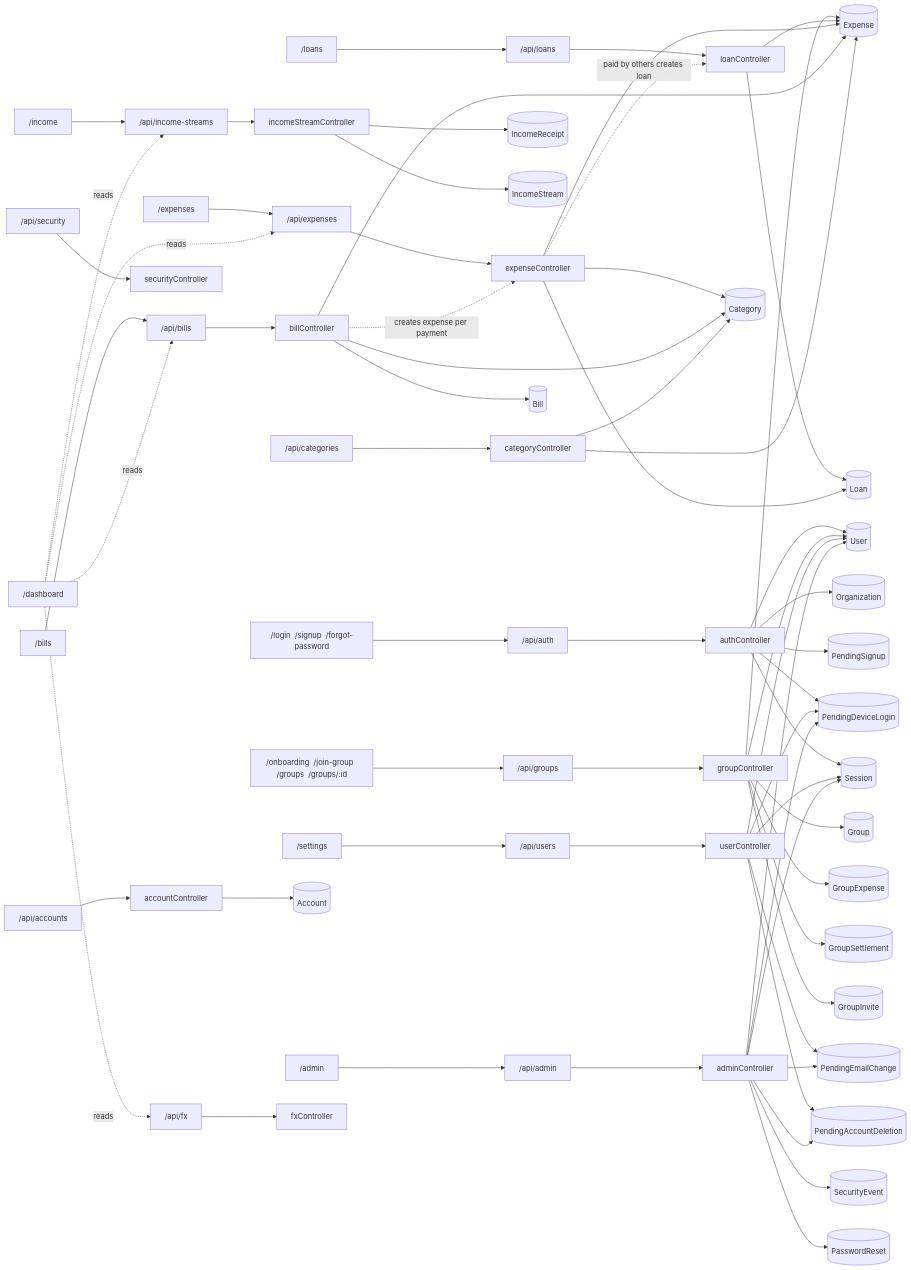
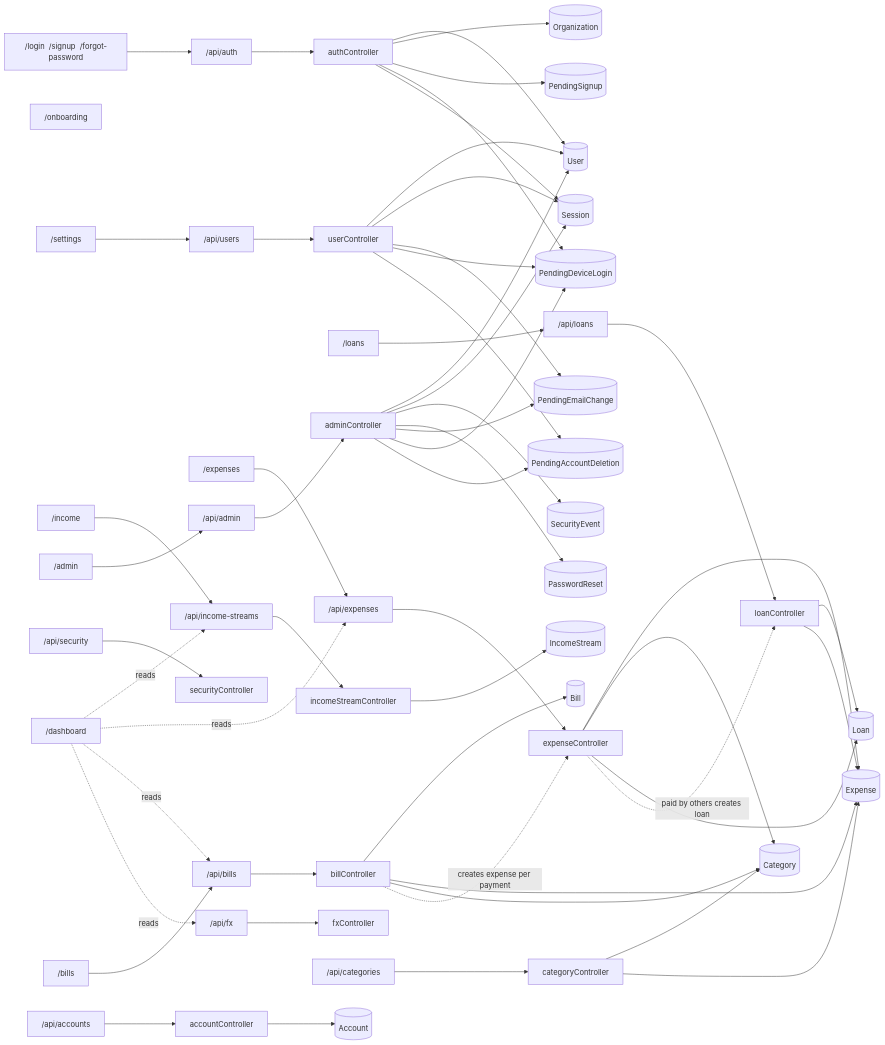
Before and after one commit to MuhammadAliMinhas66X/VaultriX: the second of 2 diagrams in docs/APP-MAP.md, drawn with Mermaid. The commit also changed other lines of this file and 1 other file, not shown here.

````diff
--- a/docs/APP-MAP.md
+++ b/docs/APP-MAP.md
@@ -21,70 +21,62 @@
 ```mermaid
 flowchart LR
   P_auth["/login  /signup  /forgot-password"] --> A_auth["/api/auth"]
   A_auth --> K_auth["authController"]
   K_auth --> M_User[("User")]
   K_auth --> M_Organization[("Organization")]
   K_auth --> M_PendingSignup[("PendingSignup")]
   K_auth --> M_PendingDeviceLogin[("PendingDeviceLogin")]
   K_auth --> M_Session[("Session")]
-  P_shared["/onboarding  /join-group  /groups  /groups/:id"] --> A_shared["/api/groups"]
-  A_shared --> K_shared["groupController"]
-  K_shared --> M_Group[("Group")]
-  K_shared --> M_GroupExpense[("GroupExpense")]
-  K_shared --> M_GroupSettlement[("GroupSettlement")]
-  K_shared --> M_GroupInvite[("GroupInvite")]
-  K_shared --> M_User[("User")]
-  K_shared --> M_Expense[("Expense")]
+  P_shared["/onboarding"]
   P_dashboard["/dashboard"]
   P_income["/income"] --> A_income["/api/income-streams"]
   A_income --> K_income["incomeStreamController"]
-  K_income --> M_IncomeReceipt[("IncomeReceipt")]
   K_income --> M_IncomeStream[("IncomeStream")]
   P_loans["/loans"] --> A_loans["/api/loans"]
   A_loans --> K_loans["loanController"]
   K_loans --> M_Loan[("Loan")]
   K_loans --> M_Expense[("Expense")]
   P_expenses["/expenses"] --> A_expenses["/api/expenses"]
   A_expenses --> K_expenses["expenseController"]
   K_expenses --> M_Expense[("Expense")]
   K_expenses --> M_Category[("Category")]
   K_expenses --> M_Loan[("Loan")]
   P_bills["/bills"] --> A_bills["/api/bills"]
   A_bills --> K_bills["billController"]
   K_bills --> M_Bill[("Bill")]
   K_bills --> M_Expense[("Expense")]
   K_bills --> M_Category[("Category")]
   P_settings["/settings"] --> A_settings["/api/users"]
   A_settings --> K_settings["userController"]
   K_settings --> M_User[("User")]
   K_settings --> M_Session[("Session")]
   K_settings --> M_PendingEmailChange[("PendingEmailChange")]
   K_settings --> M_PendingDeviceLogin[("PendingDeviceLogin")]
   K_settings --> M_PendingAccountDeletion[("PendingAccountDeletion")]
   P_admin["/admin"] --> A_admin["/api/admin"]
   A_admin --> K_admin["adminController"]
   K_admin --> M_User[("User")]
   K_admin --> M_Session[("Session")]
   K_admin --> M_SecurityEvent[("SecurityEvent")]
   K_admin --> M_PasswordReset[("PasswordReset")]
   K_admin --> M_PendingEmailChange[("PendingEmailChange")]
   K_admin --> M_PendingDeviceLogin[("PendingDeviceLogin")]
   K_admin --> M_PendingAccountDeletion[("PendingAccountDeletion")]
   A_security["/api/security"]
   A_security --> K_security["securityController"]
   A_accounts["/api/accounts"]
   A_accounts --> K_accounts["accountController"]
   K_accounts --> M_Account[("Account")]
   A_categories["/api/categories"]
   A_categories --> K_categories["categoryController"]
   K_categories --> M_Category[("Category")]
   K_categories --> M_Expense[("Expense")]
   A_rates["/api/fx"]
   A_rates --> K_rates["fxController"]
   P_dashboard -. reads .-> A_income
   P_dashboard -. reads .-> A_expenses
   P_dashboard -. reads .-> A_bills
   P_dashboard -. reads .-> A_rates
   K_bills -. creates expense per payment .-> K_expenses
   K_expenses -. paid by others creates loan .-> K_loans
 ```
````
